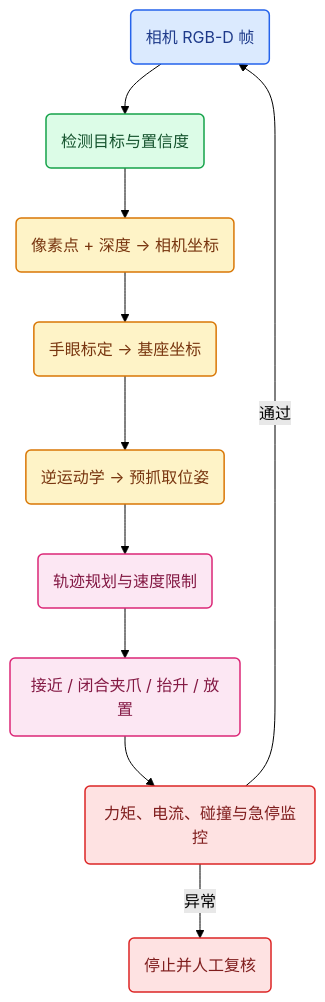
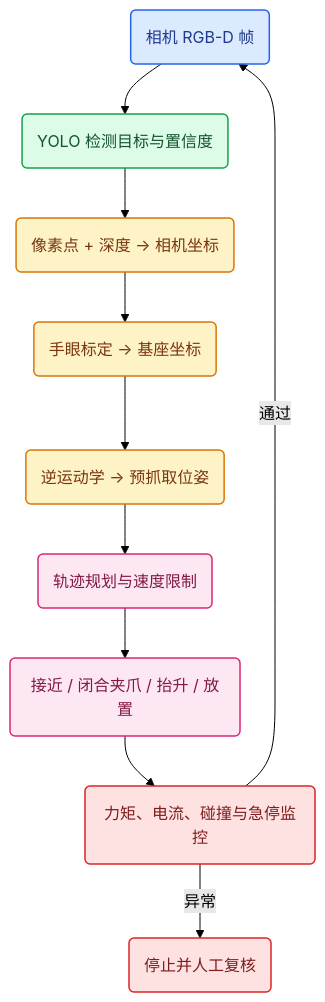
Diagram 14 of 14 in docs/posts/robot/具身智能机械臂从零训练完整路线.md (XuelinHu/blogs), drawn with Mermaid (forest theme) before and after one commit. The commit also changed other lines of this file, not shown here.

First line of the commit message:
docs: rewrite embodied robot arm roadmap with real per-chapter content

````diff
--- a/docs/posts/robot/具身智能机械臂从零训练完整路线.md
+++ b/docs/posts/robot/具身智能机械臂从零训练完整路线.md
@@ -489,17 +2866,17 @@
 ```mermaid
 flowchart TB
   classDef sensor fill:#dbeafe,stroke:#2563eb,color:#1e3a8a,stroke-width:1.5px
   classDef vision fill:#dcfce7,stroke:#16a34a,color:#14532d,stroke-width:1.5px
   classDef geometry fill:#fef3c7,stroke:#d97706,color:#78350f,stroke-width:1.5px
   classDef control fill:#fce7f3,stroke:#db2777,color:#831843,stroke-width:1.5px
   classDef safety fill:#fee2e2,stroke:#dc2626,color:#7f1d1d,stroke-width:1.5px
-  A(相机 RGB-D 帧):::sensor --> B(检测目标与置信度):::vision
+  A(相机 RGB-D 帧):::sensor --> B(YOLO 检测目标与置信度):::vision
   B --> C(像素点 + 深度 → 相机坐标):::geometry
   C --> D(手眼标定 → 基座坐标):::geometry
   D --> E(逆运动学 → 预抓取位姿):::geometry
   E --> F(轨迹规划与速度限制):::control
   F --> G(接近 / 闭合夹爪 / 抬升 / 放置):::control
   G --> H(力矩、电流、碰撞与急停监控):::safety
   H -->|通过| A
   H -->|异常| I(停止并人工复核):::safety
 ```
````
